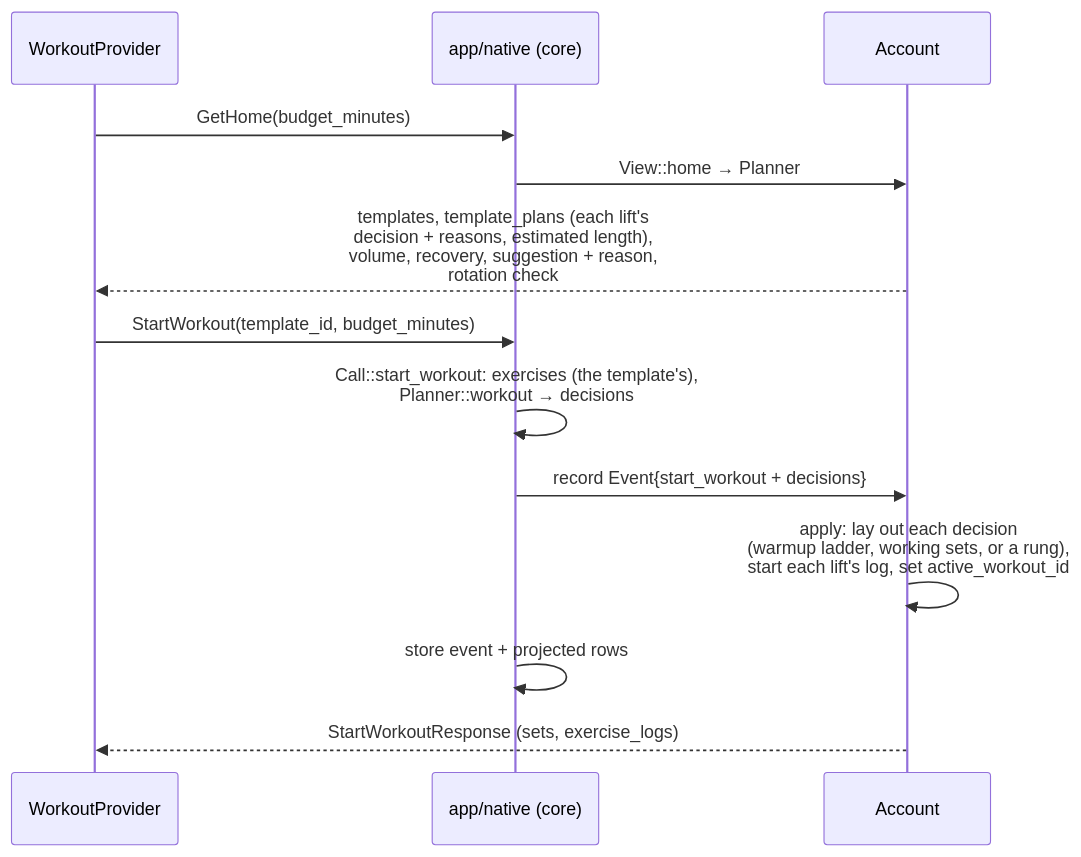
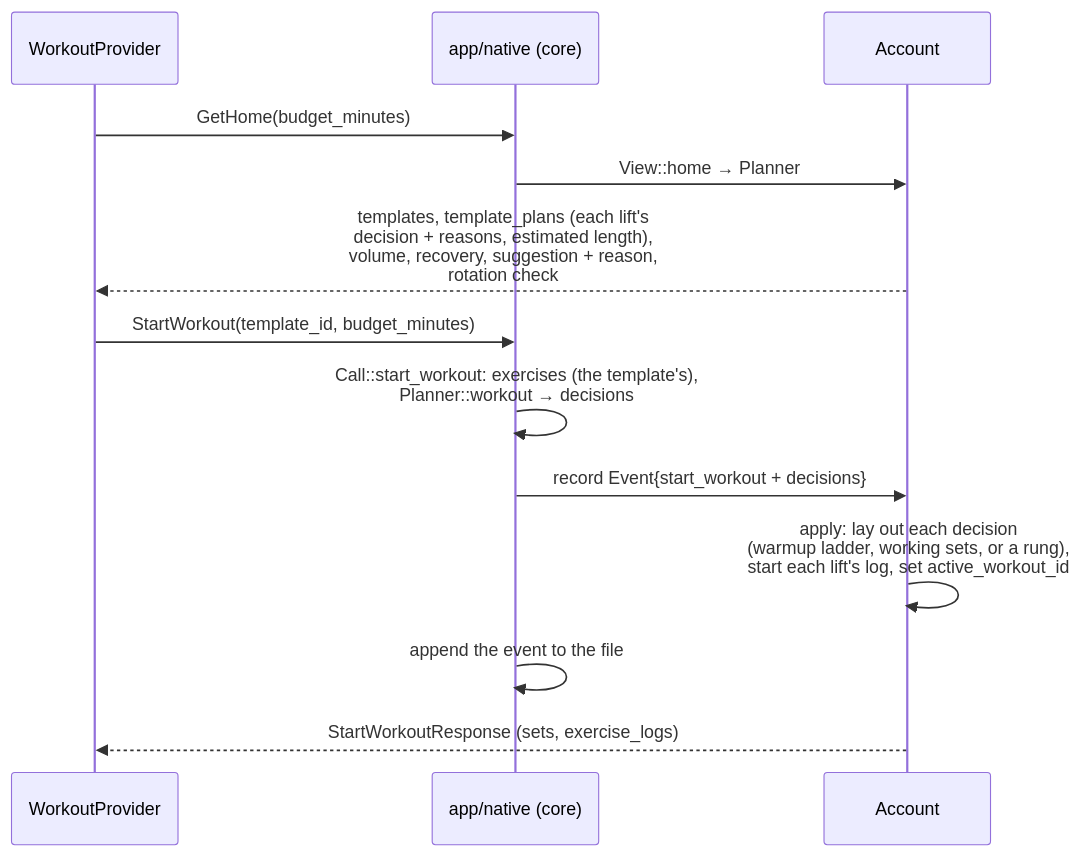
Before and after one commit to brensch/lift: the third of 7 diagrams in docs/architecture/workout-lifecycle.md, drawn with Mermaid. The commit also changed other lines of this file and 32 other files, not shown here.

````diff
--- a/docs/architecture/workout-lifecycle.md
+++ b/docs/architecture/workout-lifecycle.md
@@ -253,17 +253,17 @@
 ```mermaid
 sequenceDiagram
     participant App as WorkoutProvider
     participant N as app/native (core)
     participant A as Account
 
     App->>N: GetHome(budget_minutes)
     N->>A: View::home → Planner
     A-->>App: templates, template_plans (each lift's<br/>decision + reasons, estimated length),<br/>volume, recovery, suggestion + reason,<br/>rotation check
 
     App->>N: StartWorkout(template_id, budget_minutes)
     N->>N: Call::start_workout: exercises (the template's),<br/>Planner::workout → decisions
     N->>A: record Event{start_workout + decisions}
     A->>A: apply: lay out each decision<br/>(warmup ladder, working sets, or a rung),<br/>start each lift's log, set active_workout_id
-    N->>N: store event + projected rows
+    N->>N: append the event to the file
     A-->>App: StartWorkoutResponse (sets, exercise_logs)
 ```
````
